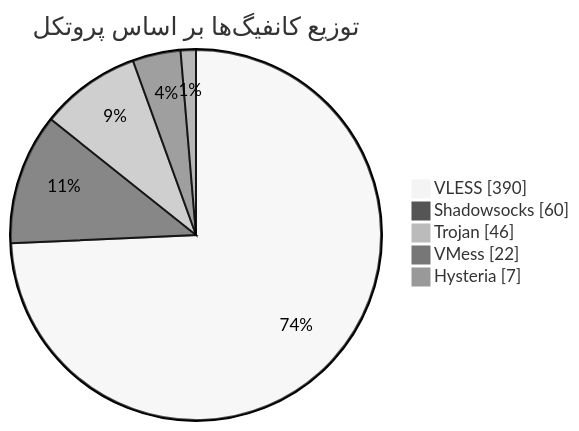
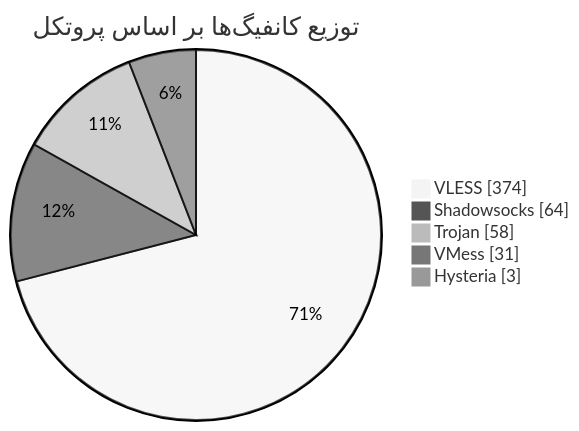
The diagram in README.md (Arian-Alijani/Somthing), drawn with Mermaid (neutral theme) before and after one commit. The commit also changed other lines of this file and 77 other files, not shown here.

````diff
--- a/README.md
+++ b/README.md
@@ -47,9 +47,9 @@
 ```mermaid
 pie showData
     title توزیع کانفیگ‌ها بر اساس پروتکل
-    "VLESS" : 390
-    "Shadowsocks" : 60
-    "Trojan" : 46
-    "VMess" : 22
-    "Hysteria" : 7
+    "VLESS" : 374
+    "Shadowsocks" : 64
+    "Trojan" : 58
+    "VMess" : 31
+    "Hysteria" : 3
 ```
````
